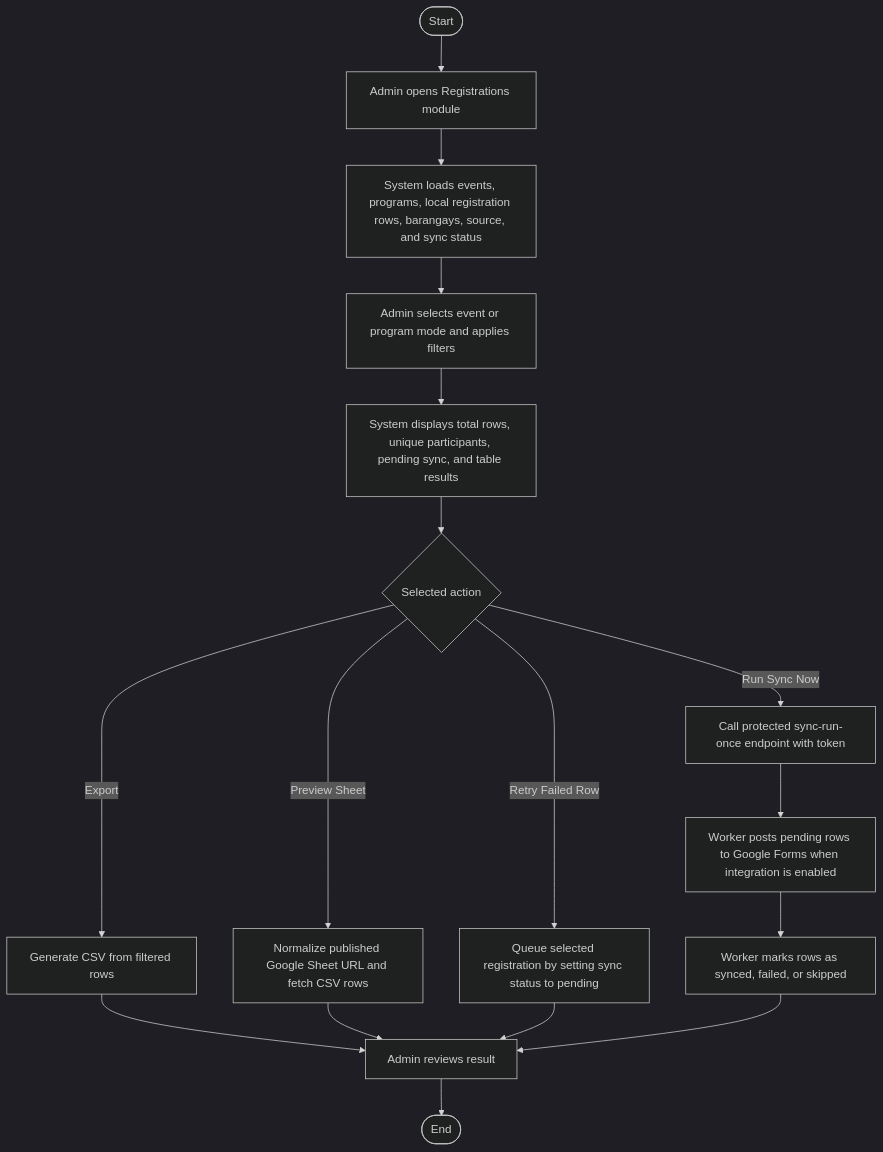
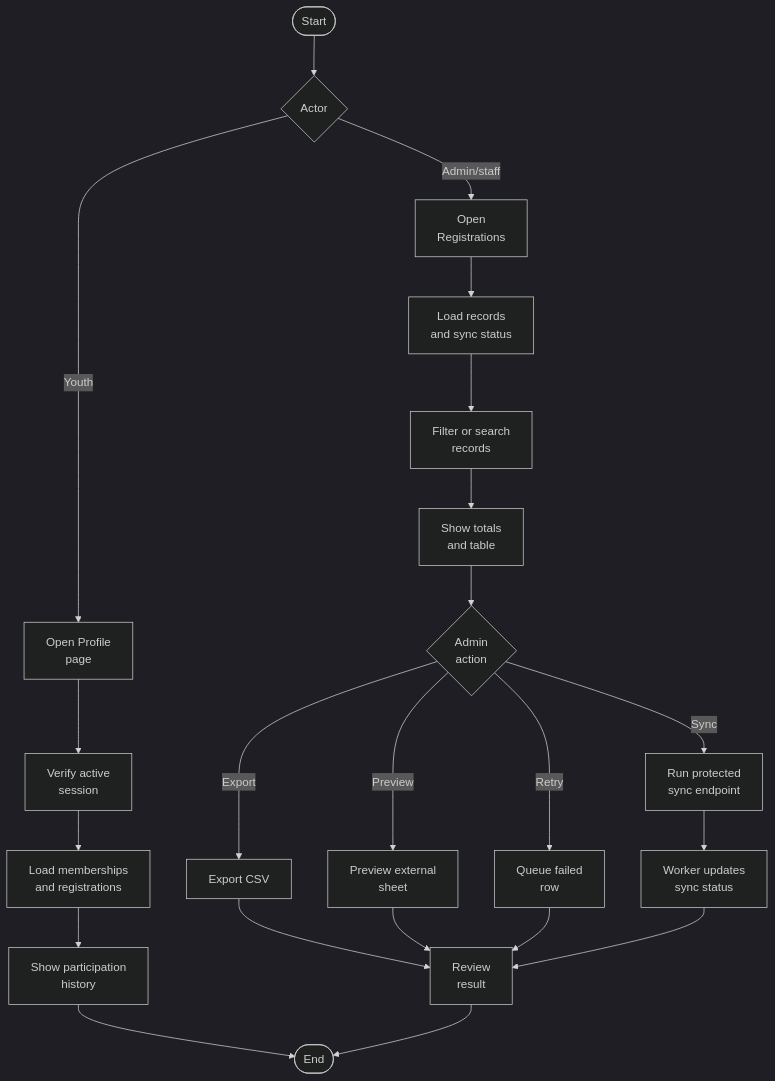
The fourth of 7 diagrams in Methodology/3.2.1-Activity-Diagram.md (txiaoqt/lydo-connect-org-focused), drawn with Mermaid (dark theme) before and after one commit. The commit also changed other lines of this file and 5 other files, not shown here.

````diff
--- a/Methodology/3.2.1-Activity-Diagram.md
+++ b/Methodology/3.2.1-Activity-Diagram.md
@@ -65,19 +100,25 @@
 ```mermaid
+%%{init: {"flowchart": {"htmlLabels": true, "nodeSpacing": 50, "rankSpacing": 55}} }%%
 flowchart TD
-    A([Start]) --> B[Admin opens Registrations module]
-    B --> C[System loads events, programs, local registration rows, barangays, source, and sync status]
-    C --> D[Admin selects event or program mode and applies filters]
-    D --> E[System displays total rows, unique participants, pending sync, and table results]
-    E --> F{Selected action}
-    F -- Export --> G[Generate CSV from filtered rows]
-    F -- Preview Sheet --> H[Normalize published Google Sheet URL and fetch CSV rows]
-    F -- Retry Failed Row --> I[Queue selected registration by setting sync status to pending]
-    F -- Run Sync Now --> J[Call protected sync-run-once endpoint with token]
-    J --> K[Worker posts pending rows to Google Forms when integration is enabled]
-    K --> L[Worker marks rows as synced, failed, or skipped]
-    G --> M[Admin reviews result]
-    H --> M
-    I --> M
-    L --> M
-    M --> N([End])
+    A([Start]) --> B{Actor}
+    B -- Youth --> C["Open Profile<br/>page"]
+    C --> D["Verify active<br/>session"]
+    D --> E["Load memberships<br/>and registrations"]
+    E --> F["Show participation<br/>history"]
+    F --> G([End])
+    B -- Admin/staff --> H["Open<br/>Registrations"]
+    H --> I["Load records<br/>and sync status"]
+    I --> J["Filter or search<br/>records"]
+    J --> K["Show totals<br/>and table"]
+    K --> L{"Admin<br/>action"}
+    L -- Export --> M["Export CSV"]
+    L -- Preview --> N["Preview external<br/>sheet"]
+    L -- Retry --> O["Queue failed<br/>row"]
+    L -- Sync --> P["Run protected<br/>sync endpoint"]
+    P --> Q["Worker updates<br/>sync status"]
+    M --> R["Review<br/>result"]
+    N --> R
+    O --> R
+    Q --> R
+    R --> G
 ```
````
